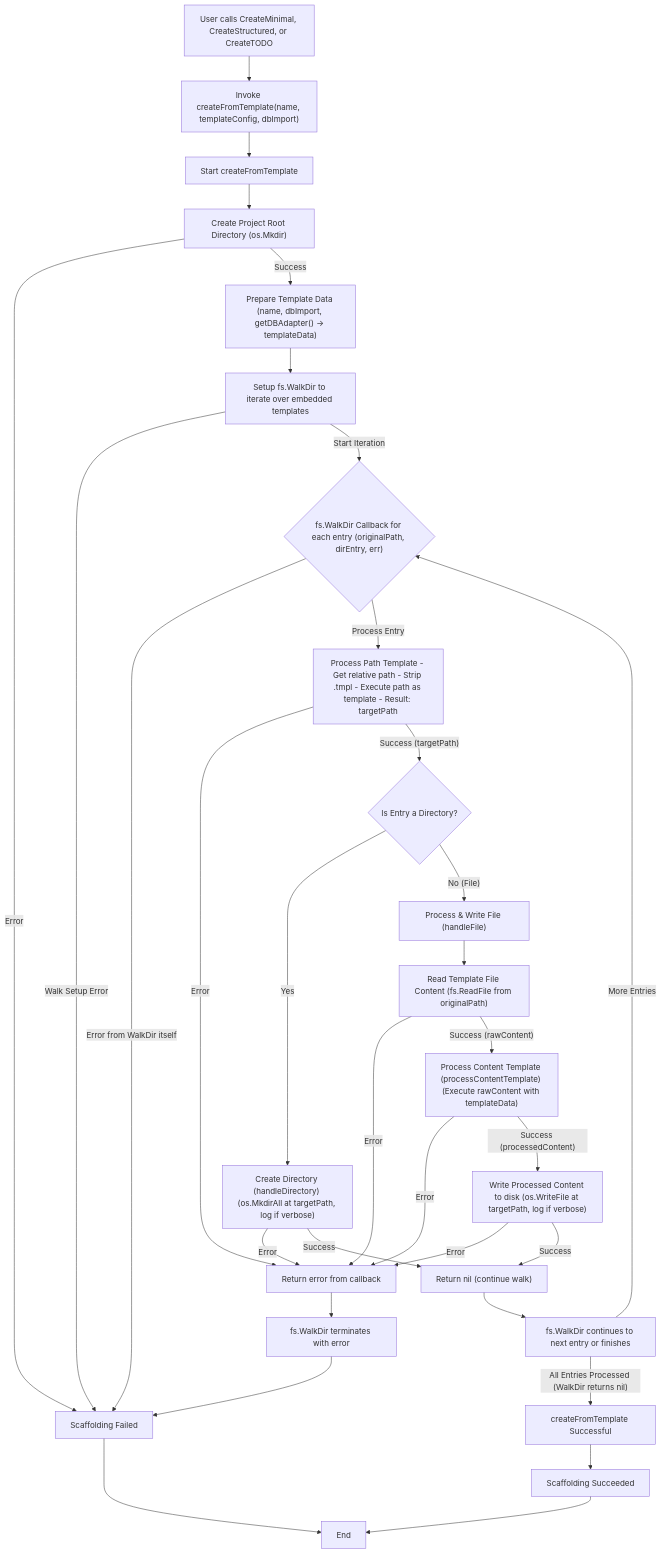
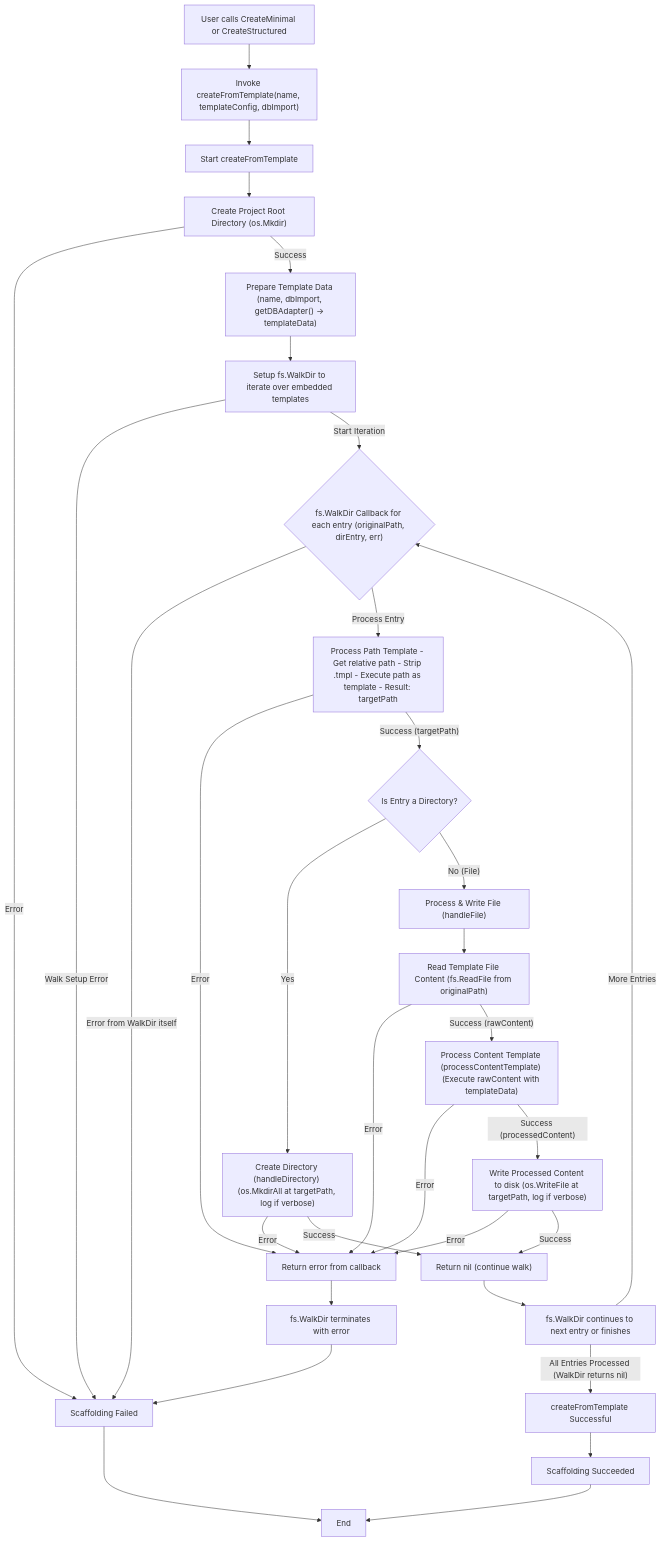
One commit to xlc-dev/nova changed diagram 14 of 24 in docs/src/design.md. Above: the diagram before and after it, drawn with Mermaid. The commit also changed other lines of this file and 11 other files, not shown here.

````diff
--- a/docs/src/design.md
+++ b/docs/src/design.md
@@ -413,46 +413,46 @@
 ```mermaid
 flowchart TD
-    A_USER_CALL["User calls CreateMinimal, CreateStructured, or CreateTODO"] --> B_INVOKE_CFT["Invoke createFromTemplate(name, templateConfig, dbImport)"]
+    A_USER_CALL["User calls CreateMinimal or CreateStructured"] --> B_INVOKE_CFT["Invoke createFromTemplate(name, templateConfig, dbImport)"]
 
     B_INVOKE_CFT --> C_START_CFT["Start createFromTemplate"]
 
     C_START_CFT --> D_MKDIR_ROOT["Create Project Root Directory (os.Mkdir)"]
     D_MKDIR_ROOT -- Error --> Z_ERROR["Scaffolding Failed"]
     D_MKDIR_ROOT -- Success --> E_PREPARE_DATA["Prepare Template Data (name, dbImport, getDBAdapter() -> templateData)"]
 
     E_PREPARE_DATA --> F_WALK_FS_SETUP["Setup fs.WalkDir to iterate over embedded templates"]
     F_WALK_FS_SETUP -- Walk Setup Error --> Z_ERROR
     F_WALK_FS_SETUP -- Start Iteration --> G_WALK_CALLBACK{"fs.WalkDir Callback for each entry (originalPath, dirEntry, err)"}
 
     G_WALK_CALLBACK -- Error from WalkDir itself --> Z_ERROR
     G_WALK_CALLBACK -- Process Entry --> H_PROCESS_PATH["Process Path Template - Get relative path - Strip .tmpl - Execute path as template - Result: targetPath"]
     H_PROCESS_PATH -- Error --> Z_ERROR_CALLBACK["Return error from callback"]
     H_PROCESS_PATH -- Success (targetPath) --> I_IS_DIR{"Is Entry a Directory?"}
 
     I_IS_DIR -- Yes --> J_HANDLE_DIR["Create Directory (handleDirectory) (os.MkdirAll at targetPath, log if verbose)"]
     J_HANDLE_DIR -- Error --> Z_ERROR_CALLBACK
     J_HANDLE_DIR -- Success --> G_WALK_CALLBACK_NEXT["Return nil (continue walk)"]
 
 
     I_IS_DIR -- No (File) --> K_HANDLE_FILE_START["Process & Write File (handleFile)"]
     K_HANDLE_FILE_START --> L_READ_TEMPLATE["Read Template File Content (fs.ReadFile from originalPath)"]
     L_READ_TEMPLATE -- Error --> Z_ERROR_CALLBACK
     L_READ_TEMPLATE -- Success (rawContent) --> M_PROCESS_CONTENT["Process Content Template (processContentTemplate) (Execute rawContent with templateData)"]
     M_PROCESS_CONTENT -- Error --> Z_ERROR_CALLBACK
     M_PROCESS_CONTENT -- Success (processedContent) --> N_WRITE_FILE["Write Processed Content to disk (os.WriteFile at targetPath, log if verbose)"]
     N_WRITE_FILE -- Error --> Z_ERROR_CALLBACK
     N_WRITE_FILE -- Success --> G_WALK_CALLBACK_NEXT
 
     Z_ERROR_CALLBACK --> G_WALK_TERMINATES_ERROR["fs.WalkDir terminates with error"]
     G_WALK_CALLBACK_NEXT --> G_WALK_CALLBACK_CONTINUE["fs.WalkDir continues to next entry or finishes"]
 
     G_WALK_CALLBACK_CONTINUE -- More Entries --> G_WALK_CALLBACK
     G_WALK_CALLBACK_CONTINUE -- All Entries Processed (WalkDir returns nil) --> Y_SUCCESS["createFromTemplate Successful"]
 
     G_WALK_TERMINATES_ERROR --> Z_ERROR
 
     Y_SUCCESS --> Z_SUCCESS["Scaffolding Succeeded"]
 
     Z_SUCCESS --> Z_END["End"]
     Z_ERROR --> Z_END
 ```
````
